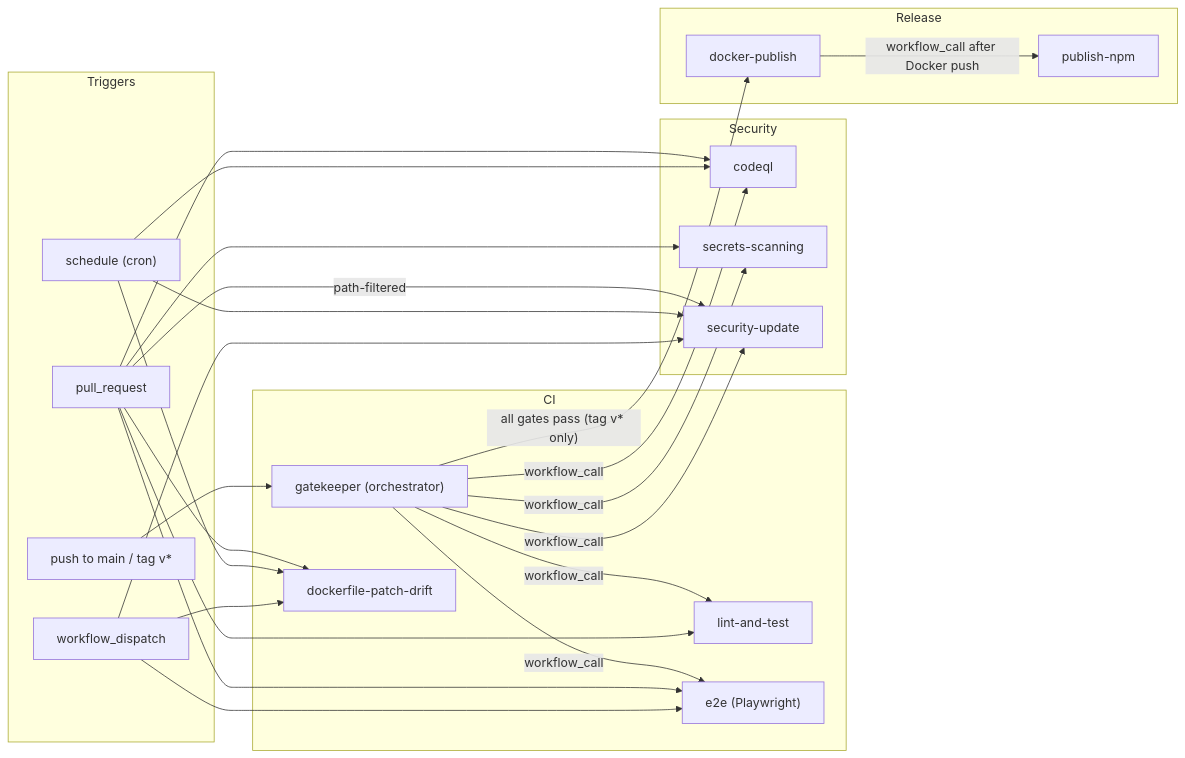
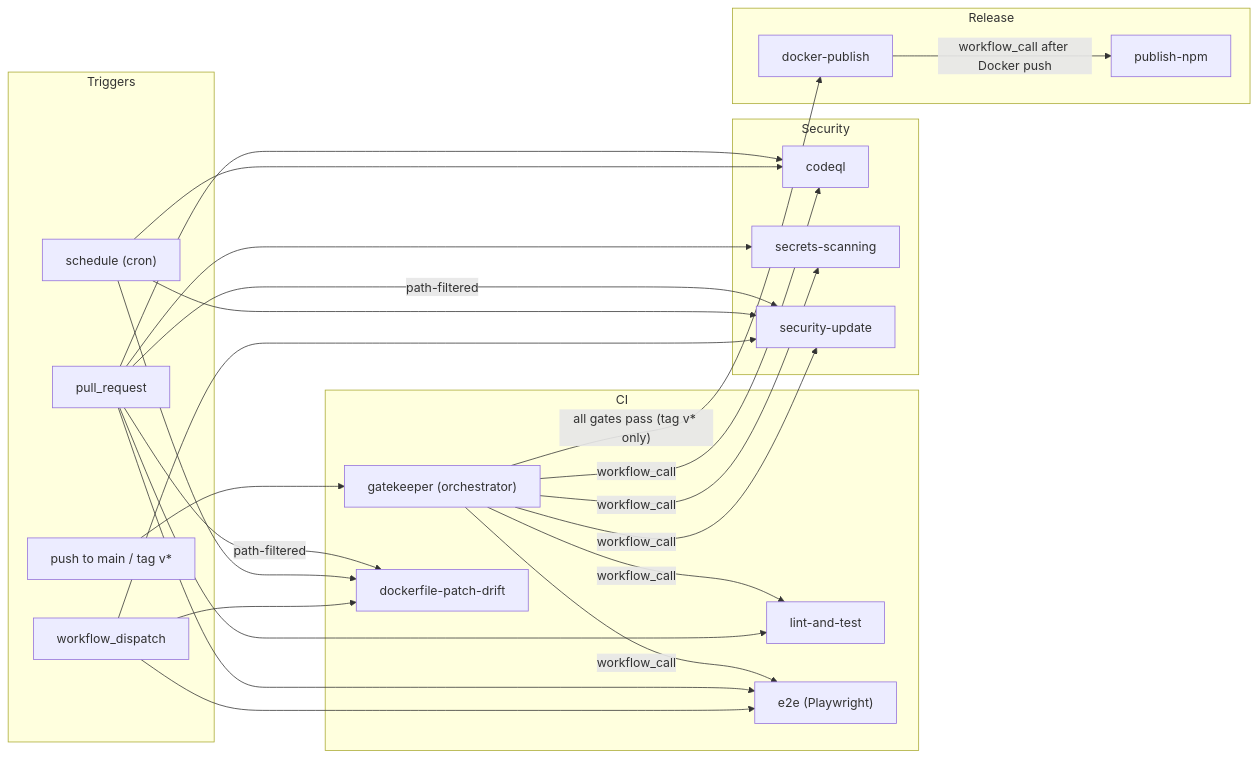
One commit to neverinfamous/memory-journal-mcp changed the diagram in .github/workflows/README.md. Above: the diagram before and after it, drawn with Mermaid. The commit also changed 13 other files, not shown here.

````diff
--- a/.github/workflows/README.md
+++ b/.github/workflows/README.md
@@ -7,51 +7,51 @@
 ```mermaid
 flowchart LR
     subgraph Triggers["Triggers"]
         Push["push to main / tag v*"]
         PR["pull_request"]
         Sched["schedule (cron)"]
         Manual["workflow_dispatch"]
     end
 
     subgraph CI["CI"]
         GK["gatekeeper (orchestrator)"]
         LT["lint-and-test"]
         E2E["e2e (Playwright)"]
         DPD["dockerfile-patch-drift"]
     end
 
     subgraph Security["Security"]
         CQL["codeql"]
         SS["secrets-scanning"]
         SU["security-update"]
     end
 
     subgraph Release["Release"]
         DP["docker-publish"]
         NPM["publish-npm"]
     end
 
     Push --> GK
     GK -->|workflow_call| LT
     GK -->|workflow_call| CQL
     GK -->|workflow_call| SS
     GK -->|workflow_call| SU
     GK -->|workflow_call| E2E
     GK -->|"all gates pass (tag v* only)"| DP
     DP -->|workflow_call after Docker push| NPM
 
     PR --> LT
     PR --> E2E
-    PR --> DPD
+    PR -->|"path-filtered"| DPD
     PR --> CQL
     PR --> SS
     PR -->|"path-filtered"| SU
 
     Sched --> CQL
     Sched --> SU
     Sched --> DPD
 
     Manual --> E2E
     Manual --> SU
     Manual --> DPD
 ```
````
